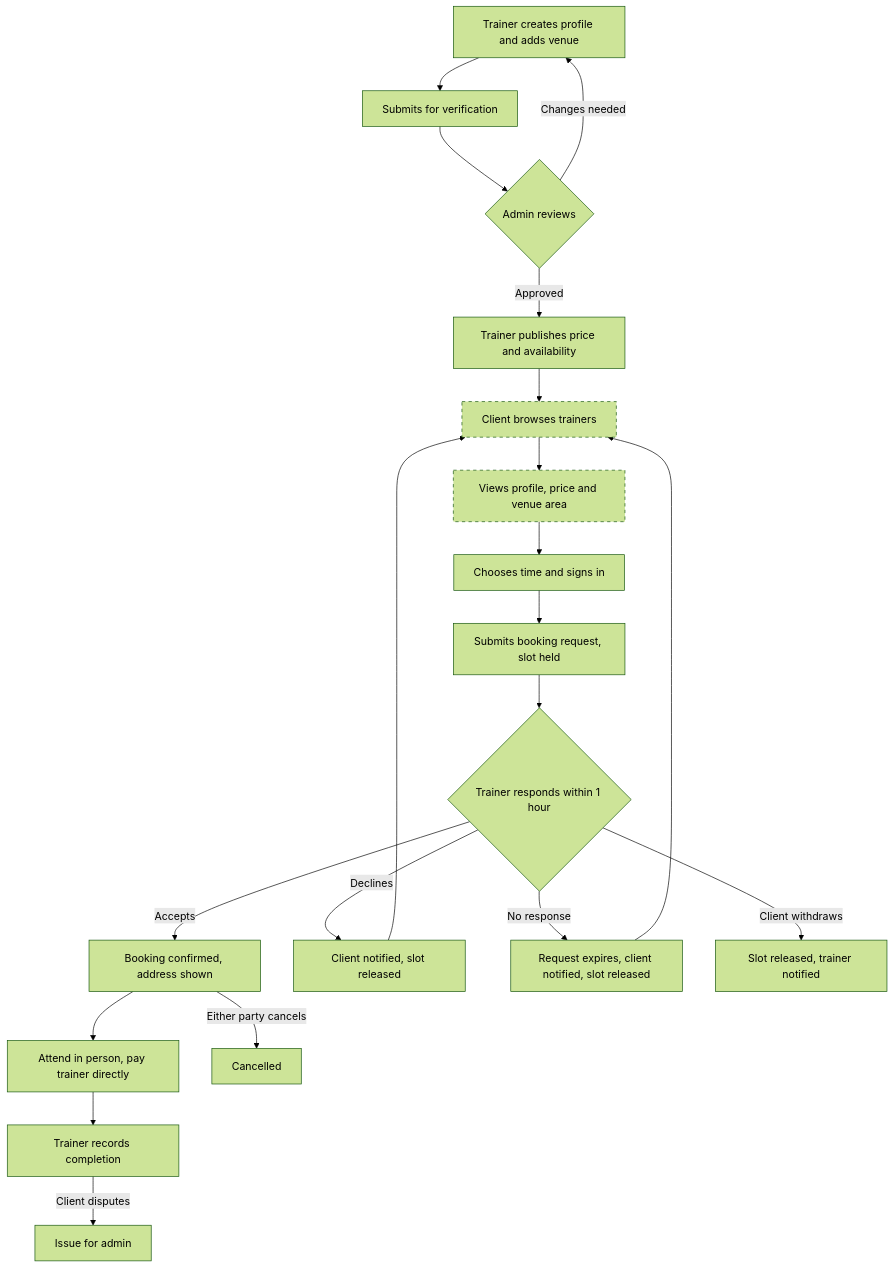
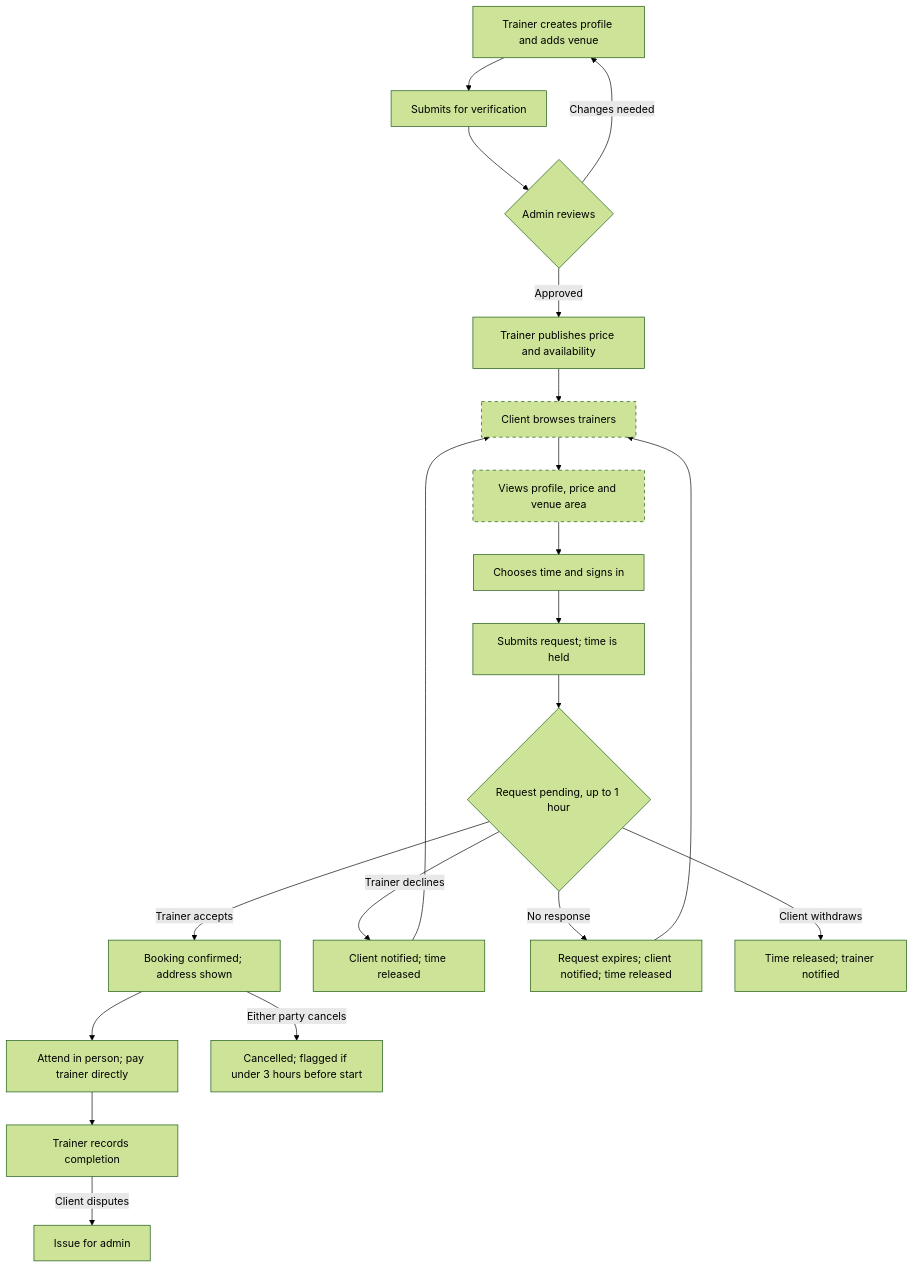
Before and after one commit to Lokis2009/fitness-connect: the first of 2 diagrams in docs/prd/scheduled-in-person-sessions.md, drawn with Mermaid (forest theme). The commit also changed other lines of this file, not shown here.

````diff
--- a/docs/prd/scheduled-in-person-sessions.md
+++ b/docs/prd/scheduled-in-person-sessions.md
@@ -59,24 +50,24 @@
 ```mermaid
 flowchart TD
     T1[Trainer creates profile and adds venue] --> T2[Submits for verification]
     T2 --> A1{Admin reviews}
     A1 -->|Changes needed| T1
     A1 -->|Approved| T3[Trainer publishes price and availability]
     T3 --> C1[Client browses trainers]
     C1 --> C2[Views profile, price and venue area]
     C2 --> C3[Chooses time and signs in]
-    C3 --> B1[Submits booking request, slot held]
-    B1 --> B2{Trainer responds within 1 hour}
-    B2 -->|Accepts| B3[Booking confirmed, address shown]
-    B2 -->|Declines| B4[Client notified, slot released]
-    B2 -->|No response| B5[Request expires, client notified, slot released]
-    B2 -->|Client withdraws| B6[Slot released, trainer notified]
+    C3 --> B1[Submits request; time is held]
+    B1 --> B2{Request pending, up to 1 hour}
+    B2 -->|Trainer accepts| B3[Booking confirmed; address shown]
+    B2 -->|Trainer declines| B4[Client notified; time released]
+    B2 -->|No response| B5[Request expires; client notified; time released]
+    B2 -->|Client withdraws| B6[Time released; trainer notified]
     B4 --> C1
     B5 --> C1
-    B3 --> S1[Attend in person, pay trainer directly]
-    B3 -->|Either party cancels| X1[Cancelled]
+    B3 --> S1[Attend in person; pay trainer directly]
+    B3 -->|Either party cancels| X1[Cancelled; flagged if under 3 hours before start]
     S1 --> S2[Trainer records completion]
     S2 -->|Client disputes| S3[Issue for admin]
-    classDef proposed stroke-dasharray: 5 5
-    class C1,C2 proposed
+    classDef notapproved stroke-dasharray: 5 5
+    class C1,C2 notapproved
 ```
````
